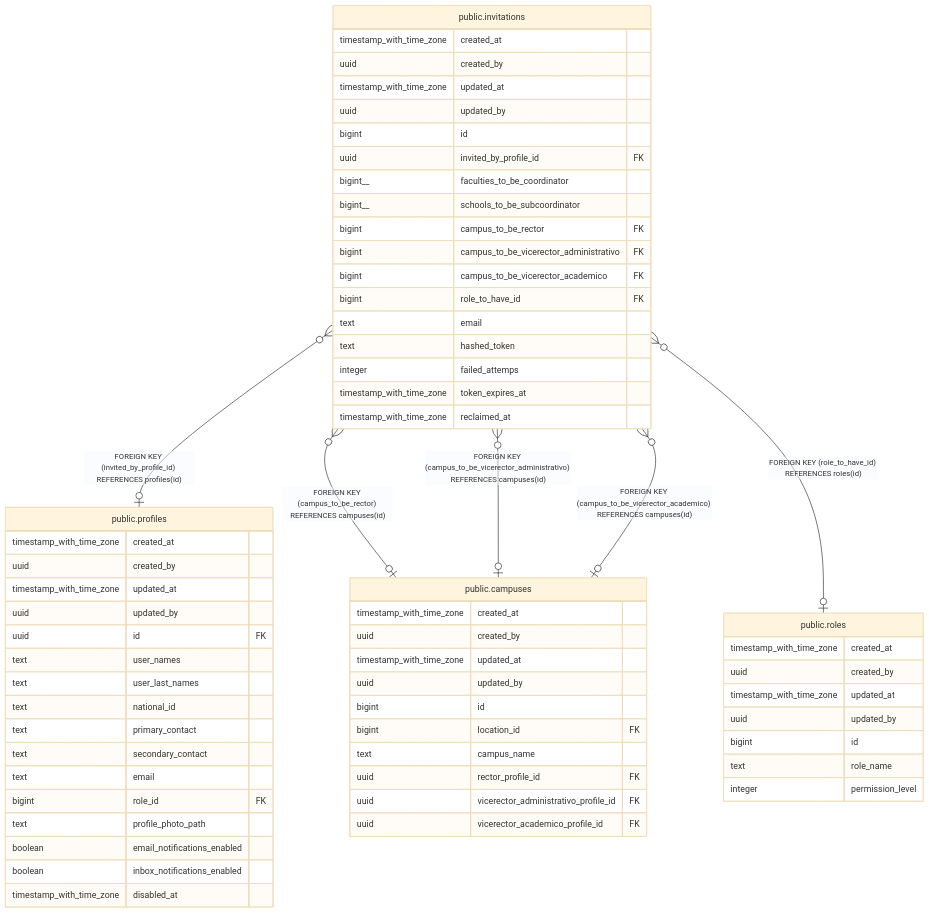
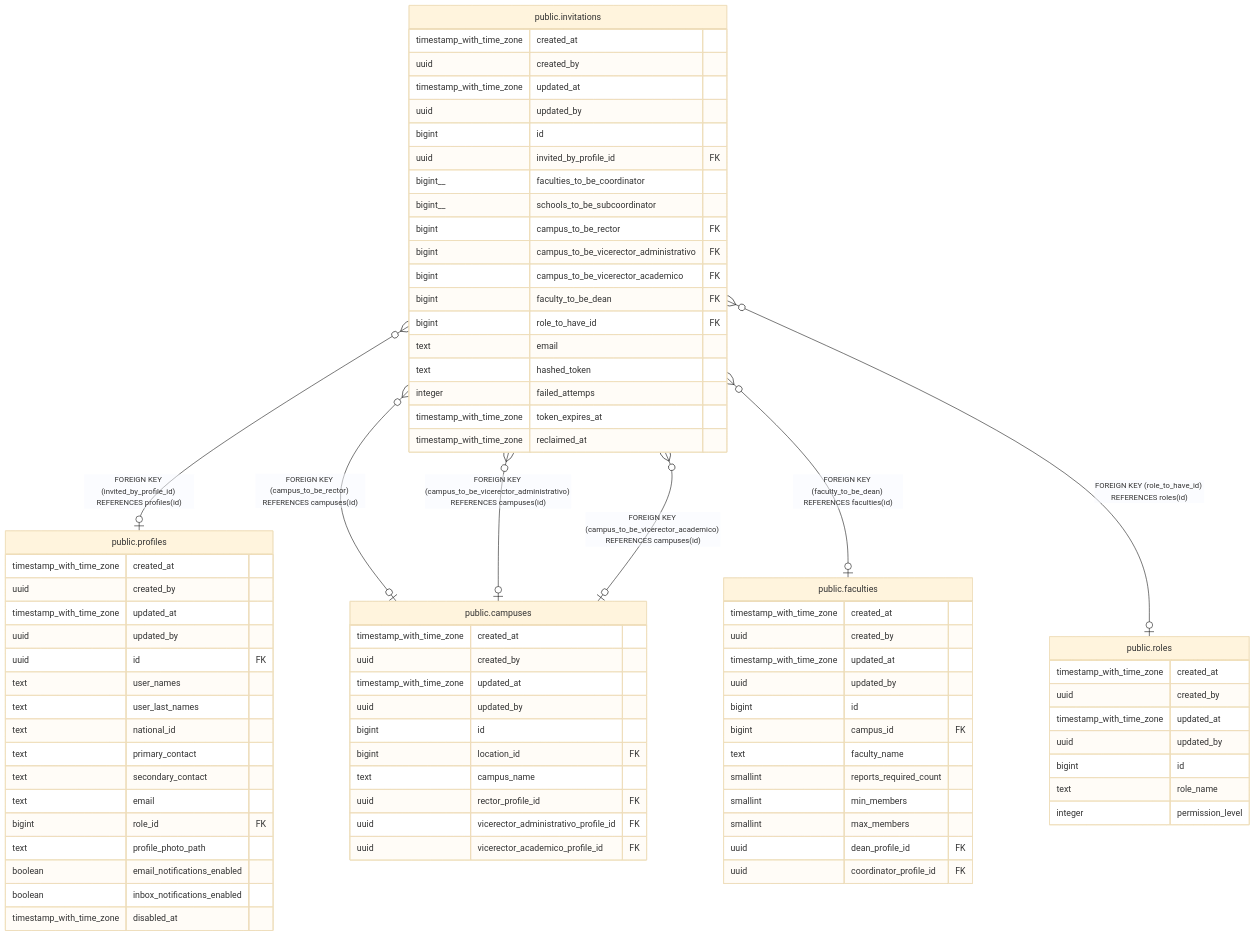
The diagram in docs/db/tbls/public.invitations.md (icristianhernandez/academic-service-backend), drawn with Mermaid (base theme) before and after one commit. The commit also changed other lines of this file and 7 other files, not shown here.

```diff
--- a/docs/db/tbls/public.invitations.md
+++ b/docs/db/tbls/public.invitations.md
@@ -61,6 +63,7 @@
 "public.invitations" }o--o| "public.campuses" : "FOREIGN KEY (campus_to_be_rector) REFERENCES campuses(id)"
 "public.invitations" }o--o| "public.campuses" : "FOREIGN KEY (campus_to_be_vicerector_administrativo) REFERENCES campuses(id)"
 "public.invitations" }o--o| "public.campuses" : "FOREIGN KEY (campus_to_be_vicerector_academico) REFERENCES campuses(id)"
+"public.invitations" }o--o| "public.faculties" : "FOREIGN KEY (faculty_to_be_dean) REFERENCES faculties(id)"
 "public.invitations" }o--o| "public.roles" : "FOREIGN KEY (role_to_have_id) REFERENCES roles(id)"
 
 "public.invitations" {
@@ -75,6 +78,7 @@
   bigint campus_to_be_rector FK ""
   bigint campus_to_be_vicerector_administrativo FK ""
   bigint campus_to_be_vicerector_academico FK ""
+  bigint faculty_to_be_dean FK ""
   bigint role_to_have_id FK ""
   text email ""
   text hashed_token ""
@@ -112,6 +116,20 @@
   uuid vicerector_administrativo_profile_id FK ""
   uuid vicerector_academico_profile_id FK ""
 }
+"public.faculties" {
+  timestamp_with_time_zone created_at ""
+  uuid created_by ""
+  timestamp_with_time_zone updated_at ""
+  uuid updated_by ""
+  bigint id ""
+  bigint campus_id FK ""
+  text faculty_name ""
+  smallint reports_required_count ""
+  smallint min_members ""
+  smallint max_members ""
+  uuid dean_profile_id FK ""
+  uuid coordinator_profile_id FK ""
+}
 "public.roles" {
   timestamp_with_time_zone created_at ""
   uuid created_by ""
```
